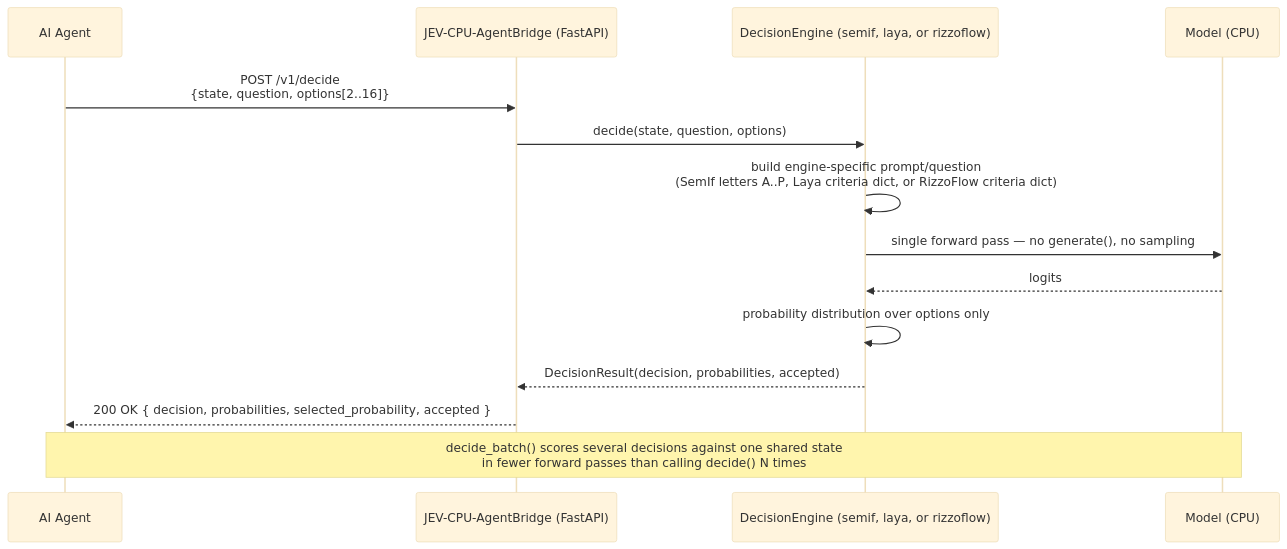
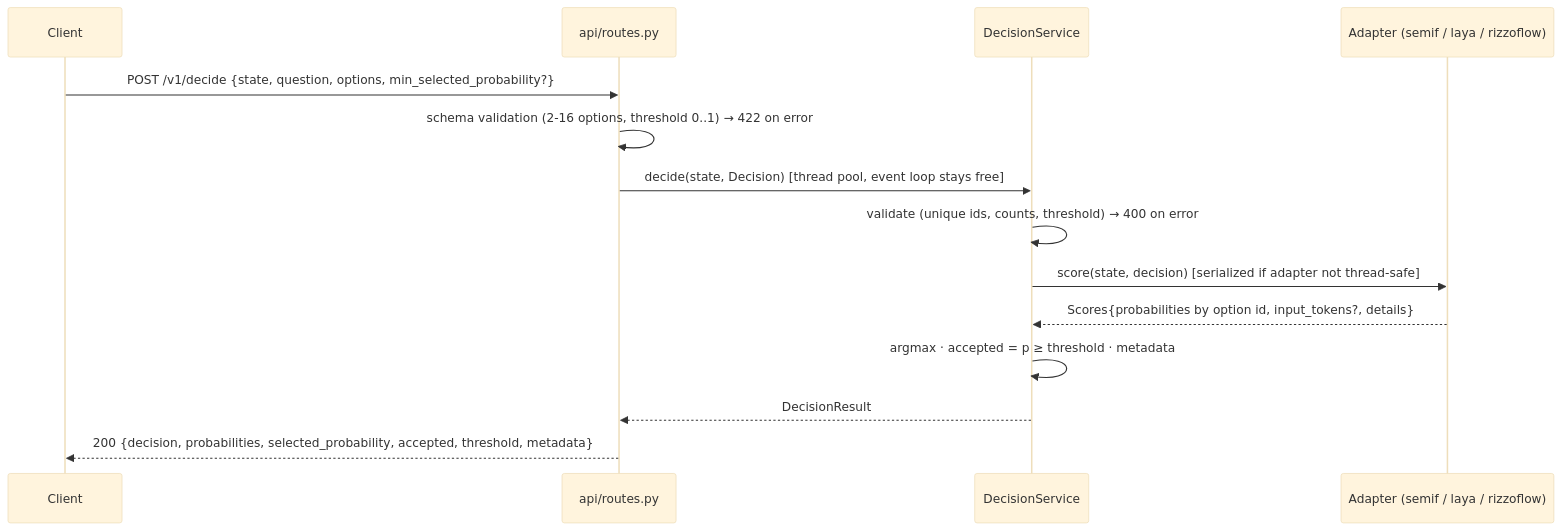
One commit to GiskardB/jev-agentbridge changed the second of 3 diagrams in docs/architecture.md. Above: the diagram before and after it, drawn with Mermaid (base theme). The commit also changed other lines of this file and 51 other files, not shown here.

````diff
--- a/docs/architecture.md
+++ b/docs/architecture.md
@@ -22,18 +49,17 @@
 ```mermaid
 sequenceDiagram
-    participant Agent as AI Agent
-    participant Bridge as JEV-CPU-AgentBridge (FastAPI)
-    participant Engine as DecisionEngine (semif, laya, or rizzoflow)
-    participant Model as Model (CPU)
+    participant C as Client
+    participant A as api/routes.py
+    participant S as DecisionService
+    participant P as Adapter (semif / laya / rizzoflow)
 
-    Agent->>Bridge: POST /v1/decide<br/>{state, question, options[2..16]}
-    Bridge->>Engine: decide(state, question, options)
-    Engine->>Engine: build engine-specific prompt/question<br/>(SemIf letters A..P, Laya criteria dict, or RizzoFlow criteria dict)
-    Engine->>Model: single forward pass — no generate(), no sampling
-    Model-->>Engine: logits
-    Engine->>Engine: probability distribution over options only
-    Engine-->>Bridge: DecisionResult(decision, probabilities, accepted)
-    Bridge-->>Agent: 200 OK { decision, probabilities, selected_probability, accepted }
-
-    Note over Agent,Model: decide_batch() scores several decisions against one shared state<br/>in fewer forward passes than calling decide() N times
+    C->>A: POST /v1/decide {state, question, options, min_selected_probability?}
+    A->>A: schema validation (2-16 options, threshold 0..1) → 422 on error
+    A->>S: decide(state, Decision)  [thread pool, event loop stays free]
+    S->>S: validate (unique ids, counts, threshold) → 400 on error
+    S->>P: score(state, decision)  [serialized if adapter not thread-safe]
+    P-->>S: Scores{probabilities by option id, input_tokens?, details}
+    S->>S: argmax · accepted = p ≥ threshold · metadata
+    S-->>A: DecisionResult
+    A-->>C: 200 {decision, probabilities, selected_probability, accepted, threshold, metadata}
 ```
````
